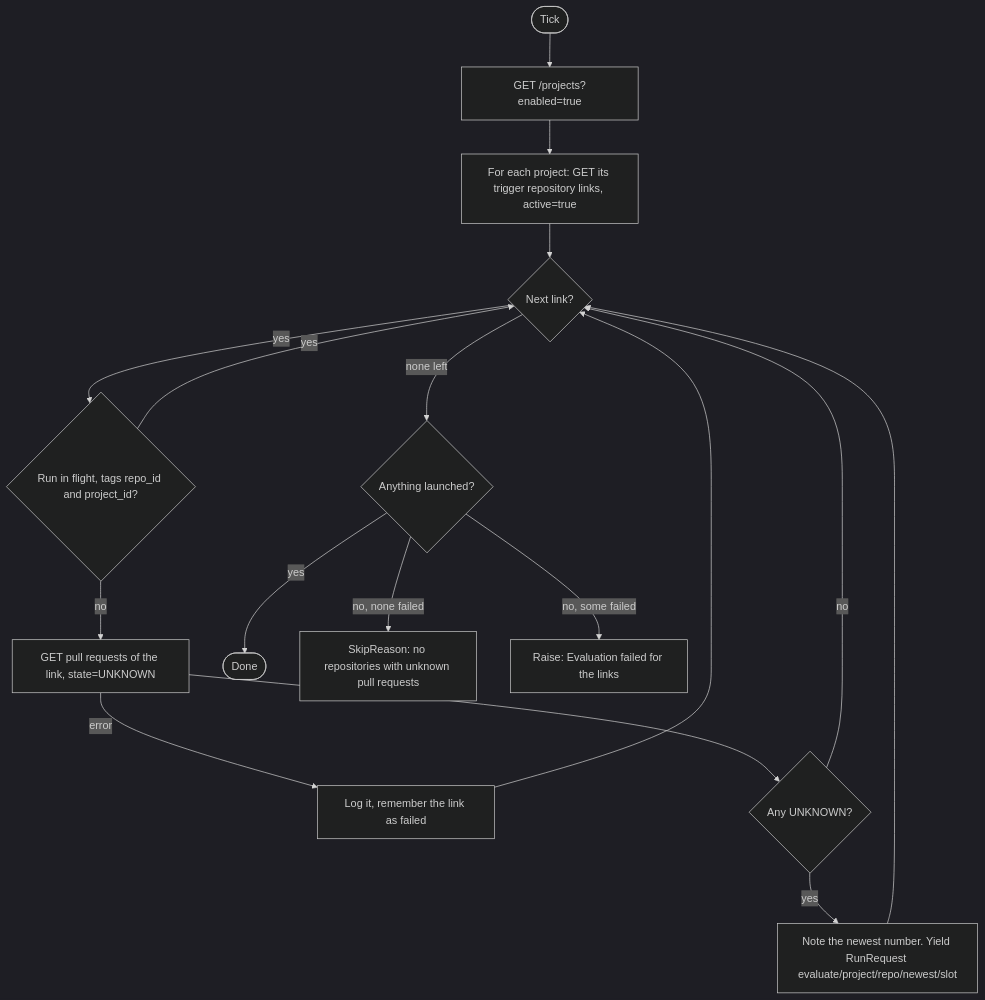
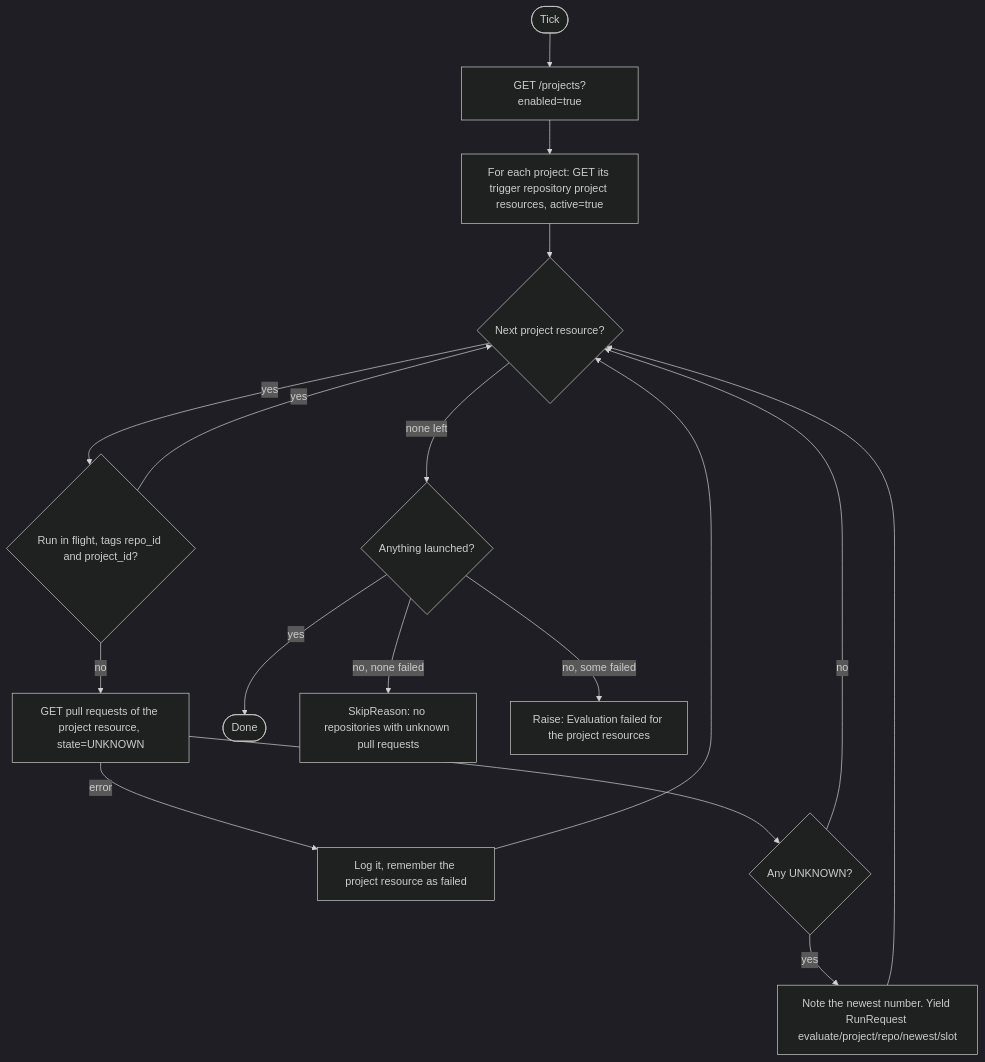
The first of 2 diagrams in docs/architecture/sensors/pr-evaluate.md (Aridhia-Open-Source/PHEMS_federated_node), drawn with Mermaid (dark theme) before and after one commit. The commit also changed other lines of this file and 132 other files, not shown here.

First line of the commit message:
Rename project "links" to project resources

````diff
--- a/docs/architecture/sensors/pr-evaluate.md
+++ b/docs/architecture/sensors/pr-evaluate.md
@@ -32,19 +32,19 @@
 ```mermaid
 flowchart TD
     A([Tick]) --> B["GET /projects?enabled=true"]
-    B --> C["For each project: GET its trigger repository links, active=true"]
-    C --> D{"Next link?"}
+    B --> C["For each project: GET its trigger repository project resources, active=true"]
+    C --> D{"Next project resource?"}
     D -->|"none left"| Z{"Anything launched?"}
     D -->|yes| E{"Run in flight, tags repo_id and project_id?"}
     E -->|yes| D
-    E -->|no| F["GET pull requests of the link, state=UNKNOWN"]
-    F -->|error| G["Log it, remember the link as failed"]
+    E -->|no| F["GET pull requests of the project resource, state=UNKNOWN"]
+    F -->|error| G["Log it, remember the project resource as failed"]
     G --> D
     F --> H{"Any UNKNOWN?"}
     H -->|no| D
     H -->|yes| I["Note the newest number. Yield RunRequest evaluate/project/repo/newest/slot"]
     I --> D
     Z -->|yes| Y([Done])
     Z -->|"no, none failed"| X["SkipReason: no repositories with unknown pull requests"]
-    Z -->|"no, some failed"| W["Raise: Evaluation failed for the links"]
+    Z -->|"no, some failed"| W["Raise: Evaluation failed for the project resources"]
 ```
````
